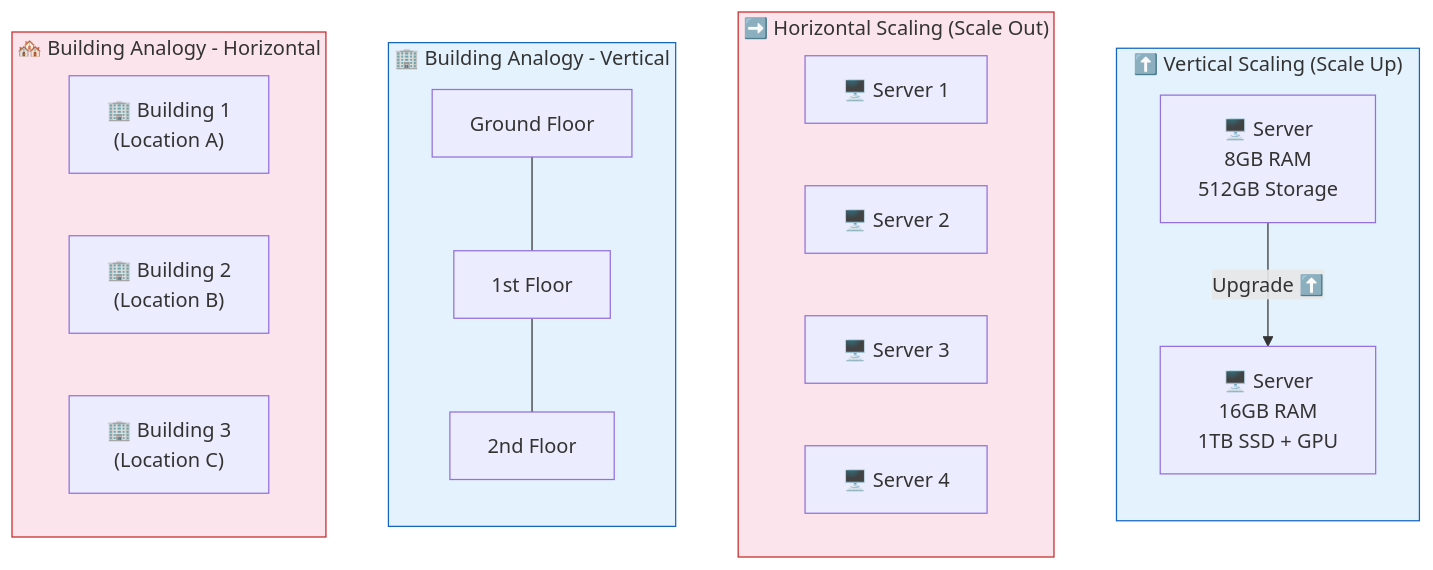
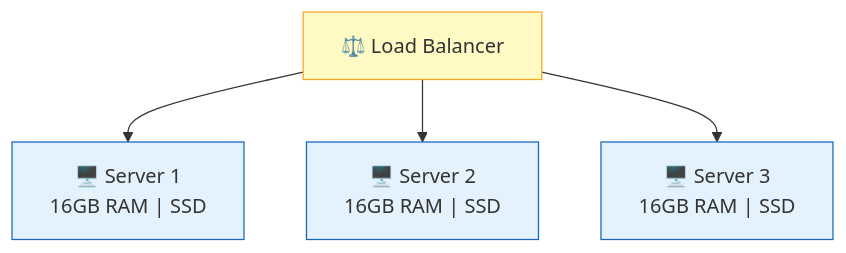
Before and after one commit to pravn27/system-design-tech-doc: the ninth of 18 diagrams in docs/from-youtube/system-design-basics.md, drawn with Mermaid. The commit also changed other lines of this file, not shown here.

Commit message:
fundamentals of system design with reference diagram, refatcor

````diff
--- a/docs/from-youtube/system-design-basics.md
+++ b/docs/from-youtube/system-design-basics.md
@@ -314,37 +338,13 @@
 ```mermaid
 graph TB
-    subgraph VS ["⬆️ Vertical Scaling (Scale Up)"]
-        direction TB
-        S1_before["🖥️ Server\n8GB RAM\n512GB Storage"]
-        S1_after["🖥️ Server\n16GB RAM\n1TB SSD + GPU"]
-        S1_before -- "Upgrade ⬆️" --> S1_after
-    end
+    LB["⚖️ Load Balancer"] --> S1 & S2 & S3
 
-    subgraph HS ["➡️ Horizontal Scaling (Scale Out)"]
-        direction LR
-        S2["🖥️ Server 1"]
-        S3["🖥️ Server 2"]
-        S4["🖥️ Server 3"]
-        S5["🖥️ Server 4"]
-    end
+    S1["🖥️ Server 1\n16GB RAM | SSD"]
+    S2["🖥️ Server 2\n16GB RAM | SSD"]
+    S3["🖥️ Server 3\n16GB RAM | SSD"]
 
-    subgraph VSB ["🏢 Building Analogy - Vertical"]
-        direction TB
-        GF["Ground Floor"]
-        F1["1st Floor"]
-        F2["2nd Floor"]
-        GF --- F1 --- F2
-    end
-
-    subgraph HSB ["🏘️ Building Analogy - Horizontal"]
-        direction LR
-        B1["🏢 Building 1\n(Location A)"]
-        B2["🏢 Building 2\n(Location B)"]
-        B3["🏢 Building 3\n(Location C)"]
-    end
-
-    style VS fill:#e3f2fd,stroke:#1565c0
-    style HS fill:#fce4ec,stroke:#c62828
-    style VSB fill:#e3f2fd,stroke:#1565c0
-    style HSB fill:#fce4ec,stroke:#c62828
+    style LB fill:#fff9c4,stroke:#f9a825
+    style S1 fill:#e3f2fd,stroke:#1565c0
+    style S2 fill:#e3f2fd,stroke:#1565c0
+    style S3 fill:#e3f2fd,stroke:#1565c0
 ```
````
